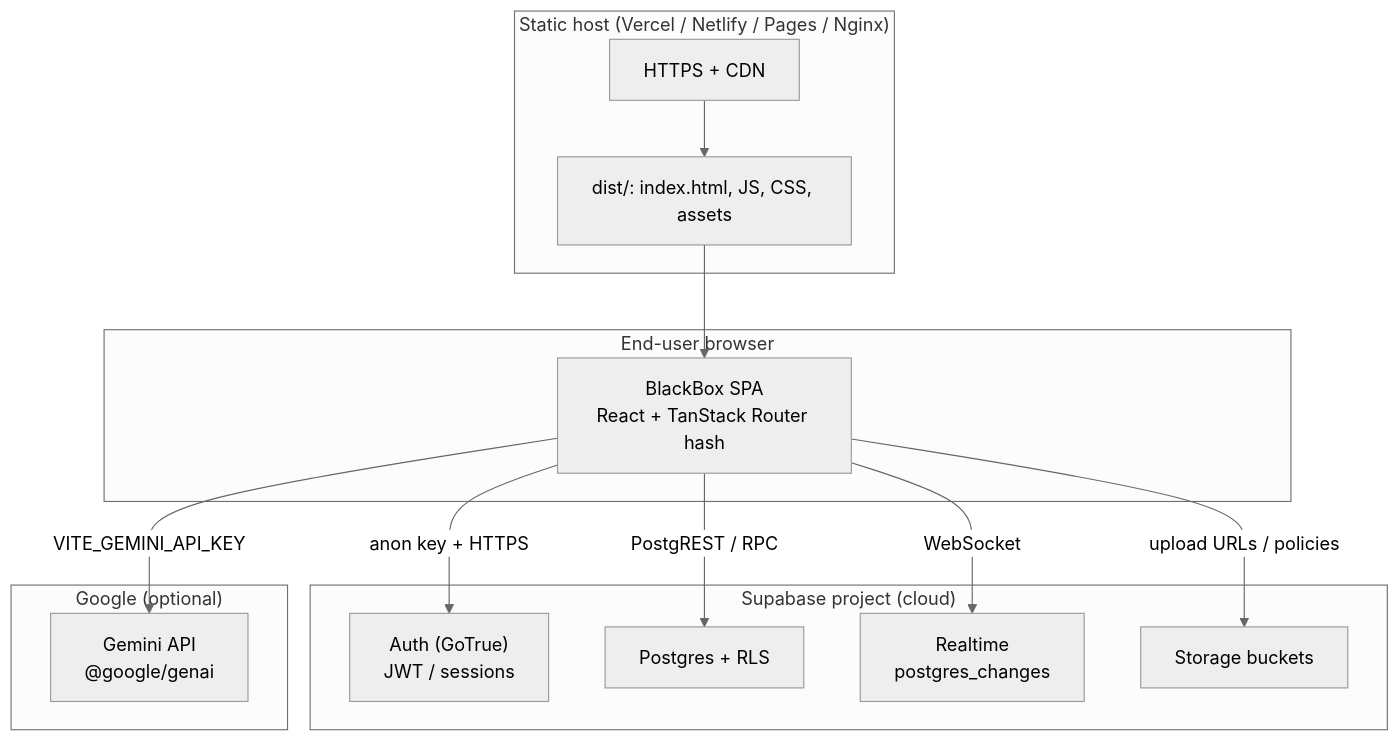
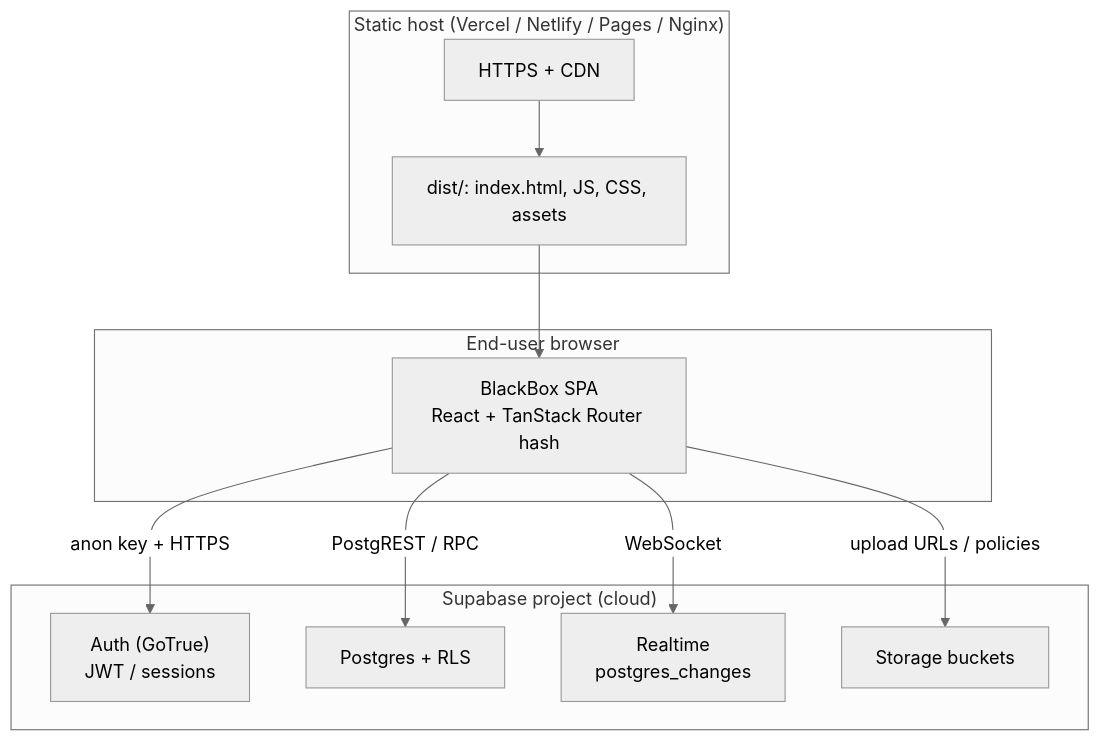
The first of 2 diagrams in docs/SYSTEM_DOCUMENTATION.md (Admin5152/blackbok-tech), drawn with Mermaid (neutral theme) before and after one commit. The commit also changed other lines of this file and 15 other files, not shown here.

````diff
--- a/docs/SYSTEM_DOCUMENTATION.md
+++ b/docs/SYSTEM_DOCUMENTATION.md
@@ -61,30 +60,25 @@
 ```mermaid
 flowchart TB
   subgraph Host["Static host (Vercel / Netlify / Pages / Nginx)"]
     CDN[HTTPS + CDN]
     ART["dist/: index.html, JS, CSS, assets"]
   end
 
   subgraph Browser["End-user browser"]
     SPA["BlackBox SPA\nReact + TanStack Router hash"]
   end
 
   subgraph Supabase["Supabase project (cloud)"]
     AUTH["Auth (GoTrue)\nJWT / sessions"]
     PG["Postgres + RLS"]
     RT["Realtime\npostgres_changes"]
     ST["Storage buckets"]
   end
 
-  subgraph Google["Google (optional)"]
-    GEM["Gemini API\n@google/genai"]
-  end
-
   CDN --> ART
   ART --> SPA
   SPA -->|anon key + HTTPS| AUTH
   SPA -->|PostgREST / RPC| PG
   SPA -->|WebSocket| RT
   SPA -->|upload URLs / policies| ST
-  SPA -->|"VITE_GEMINI_API_KEY"| GEM
 ```
````
